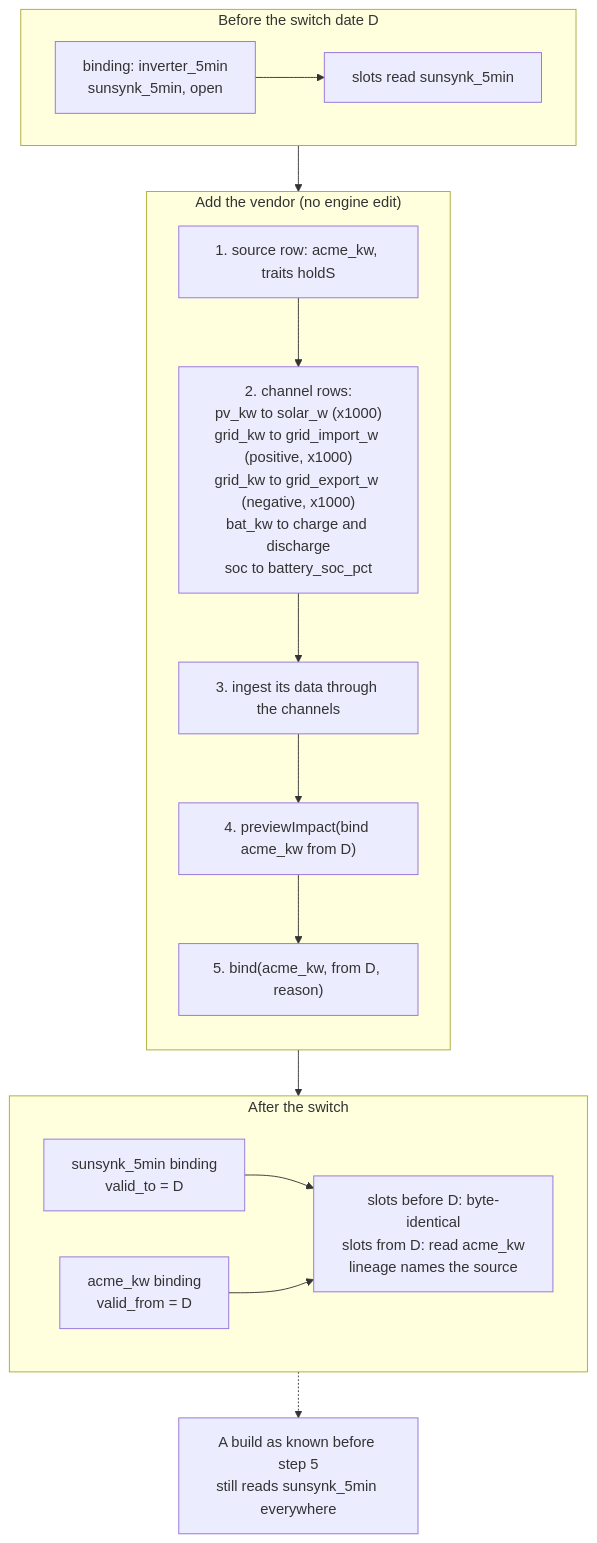
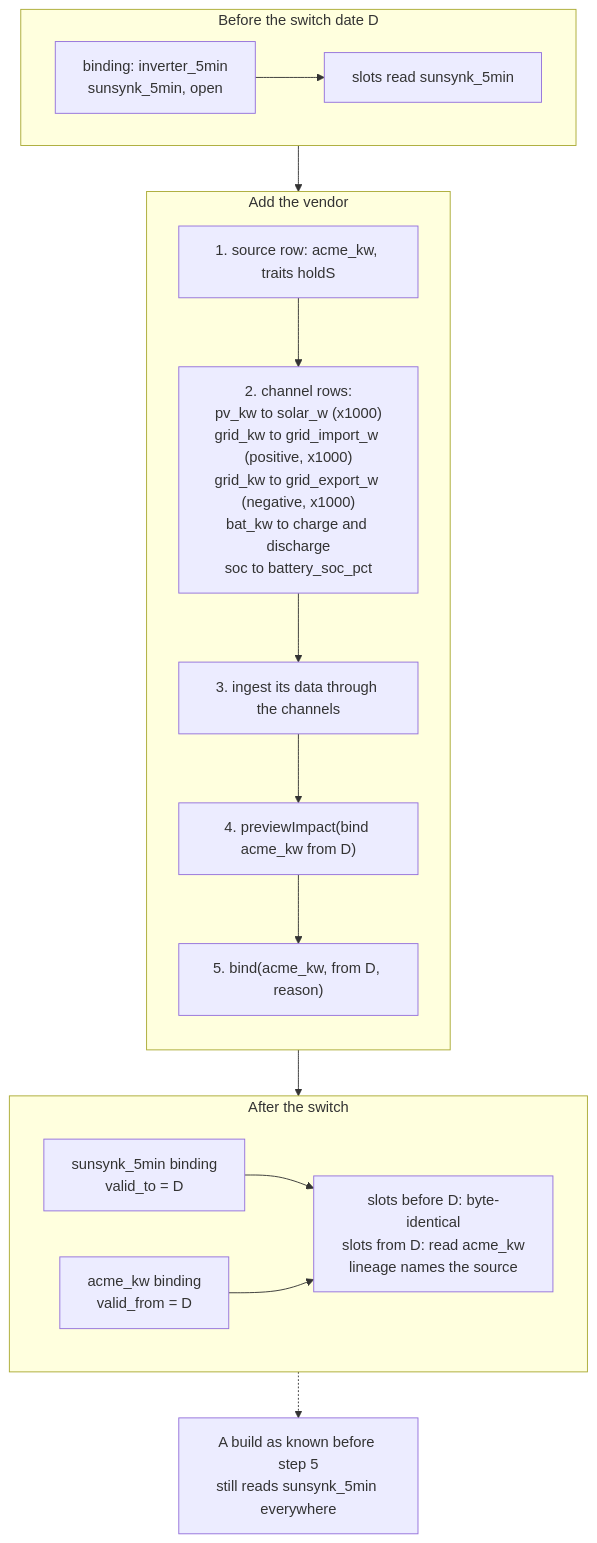
Before and after one commit to sshahriazz/energiebee-core-prototype: the seventh of 11 diagrams in docs/slot-engine-architecture.md, drawn with Mermaid. The commit also changed other lines of this file and 1 other file, not shown here.

Commit message:
Docs: plain overview diagrams that render in more viewers (no cylinders, colons or parentheses in titles)

````diff
--- a/docs/slot-engine-architecture.md
+++ b/docs/slot-engine-architecture.md
@@ -439,33 +439,33 @@
 ```mermaid
 flowchart TB
   subgraph BEFORE["Before the switch date D"]
     direction LR
     b1["binding: inverter_5min<br/>sunsynk_5min, open"]
     b2["slots read sunsynk_5min"]
     b1 --> b2
   end
 
-  subgraph STEPS["Add the vendor (no engine edit)"]
+  subgraph STEPS["Add the vendor"]
     direction TB
     s1["1. source row: acme_kw, traits holdS"]
     s2["2. channel rows:<br/>pv_kw to solar_w (x1000)<br/>grid_kw to grid_import_w (positive, x1000)<br/>grid_kw to grid_export_w (negative, x1000)<br/>bat_kw to charge and discharge<br/>soc to battery_soc_pct"]
     s3["3. ingest its data through the channels"]
     s4["4. previewImpact(bind acme_kw from D)"]
     s5["5. bind(acme_kw, from D, reason)"]
     s1 --> s2 --> s3 --> s4 --> s5
   end
 
   subgraph AFTER["After the switch"]
     direction LR
     a1["sunsynk_5min binding<br/>valid_to = D"]
     a2["acme_kw binding<br/>valid_from = D"]
     a3["slots before D: byte-identical<br/>slots from D: read acme_kw<br/>lineage names the source"]
     a1 --> a3
     a2 --> a3
   end
 
   REPLAY["A build as known before step 5<br/>still reads sunsynk_5min everywhere"]
 
   BEFORE --> STEPS --> AFTER
   AFTER -.-> REPLAY
 ```
````
